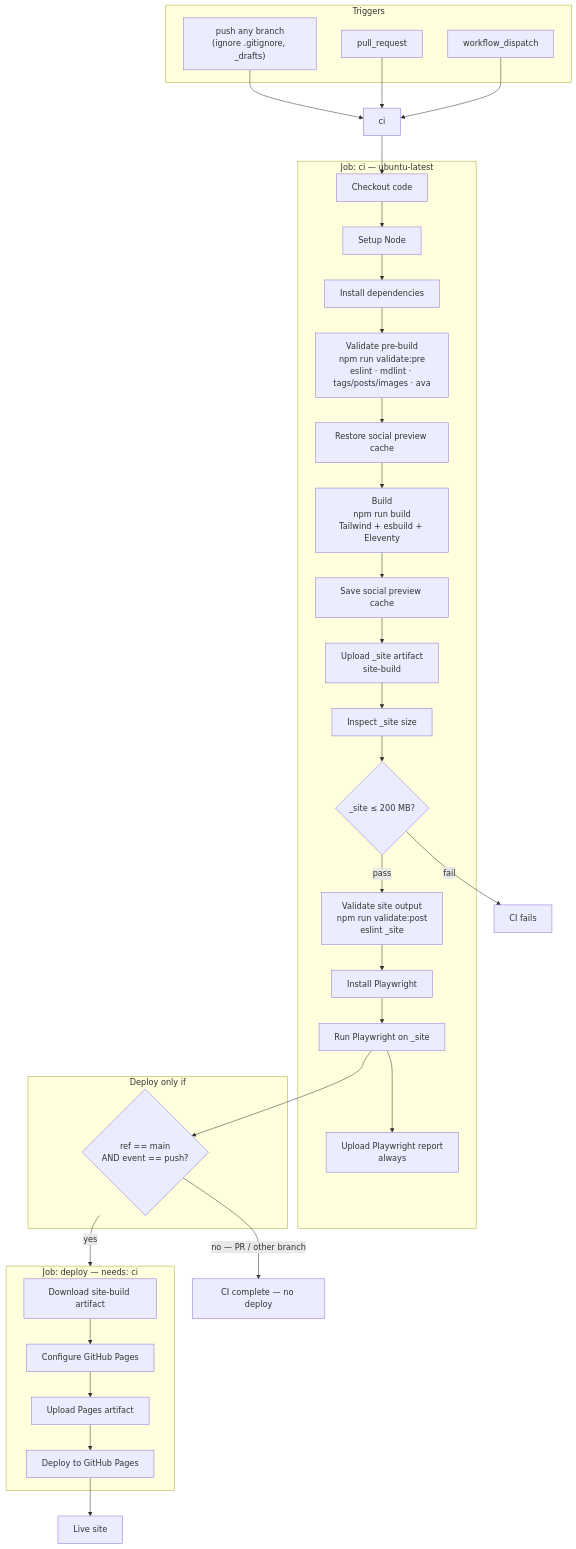
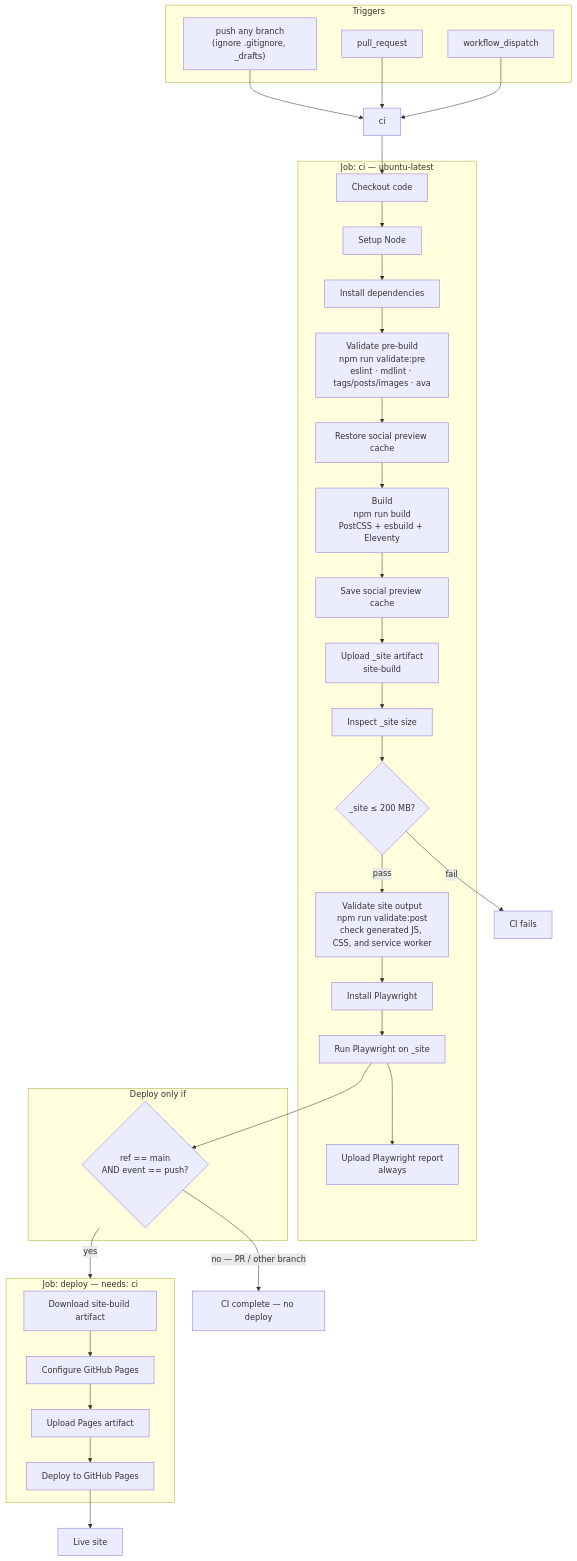
Before and after one commit to deejaygraham/deejaygraham.github.io: the second of 2 diagrams in README.md, drawn with Mermaid. The commit also changed other lines of this file, not shown here.

Commit message:
Revise build process and validation descriptions
Updated build commands and validation steps in the README.

````diff
--- a/README.md
+++ b/README.md
@@ -87,51 +84,51 @@
 ```mermaid
 flowchart TD
   subgraph triggers [Triggers]
     push["push any branch<br/>(ignore .gitignore, _drafts)"]
     pr["pull_request"]
     manual["workflow_dispatch"]
   end
 
   push --> ci
   pr --> ci
   manual --> ci
 
   subgraph ciJob [Job: ci — ubuntu-latest]
     checkout[Checkout code]
     node[Setup Node]
     deps[Install dependencies]
     pre["Validate pre-build<br/>npm run validate:pre<br/>eslint · mdlint · tags/posts/images · ava"]
     cacheIn[Restore social preview cache]
-    build["Build<br/>npm run build<br/>Tailwind + esbuild + Eleventy"]
+    build["Build<br/>npm run build<br/>PostCSS + esbuild + Eleventy"]
     cacheOut[Save social preview cache]
     artifact[Upload _site artifact<br/>site-build]
     sizeInspect[Inspect _site size]
     sizeBudget{"_site ≤ 200 MB?"}
-    post["Validate site output<br/>npm run validate:post<br/>eslint _site"]
+    post["Validate site output<br/>npm run validate:post<br/>check generated JS, CSS, and service worker"]
     pwInstall[Install Playwright]
     pwTest[Run Playwright on _site]
     pwReport[Upload Playwright report<br/>always]
   end
 
   ci --> checkout --> node --> deps --> pre --> cacheIn --> build
   build --> cacheOut --> artifact --> sizeInspect --> sizeBudget
   sizeBudget -->|fail| failCi[CI fails]
   sizeBudget -->|pass| post --> pwInstall --> pwTest --> pwReport
 
   subgraph deployGate [Deploy only if]
     cond{"ref == main<br/>AND event == push?"}
   end
 
   pwTest --> cond
   cond -->|no — PR / other branch| doneCi[CI complete — no deploy]
   cond -->|yes| deployJob
 
   subgraph deployJob [Job: deploy — needs: ci]
     dl[Download site-build artifact]
     pagesSetup[Configure GitHub Pages]
     pagesArtifact[Upload Pages artifact]
     deploy[Deploy to GitHub Pages]
   end
 
   dl --> pagesSetup --> pagesArtifact --> deploy --> live[Live site]
 ```
````
